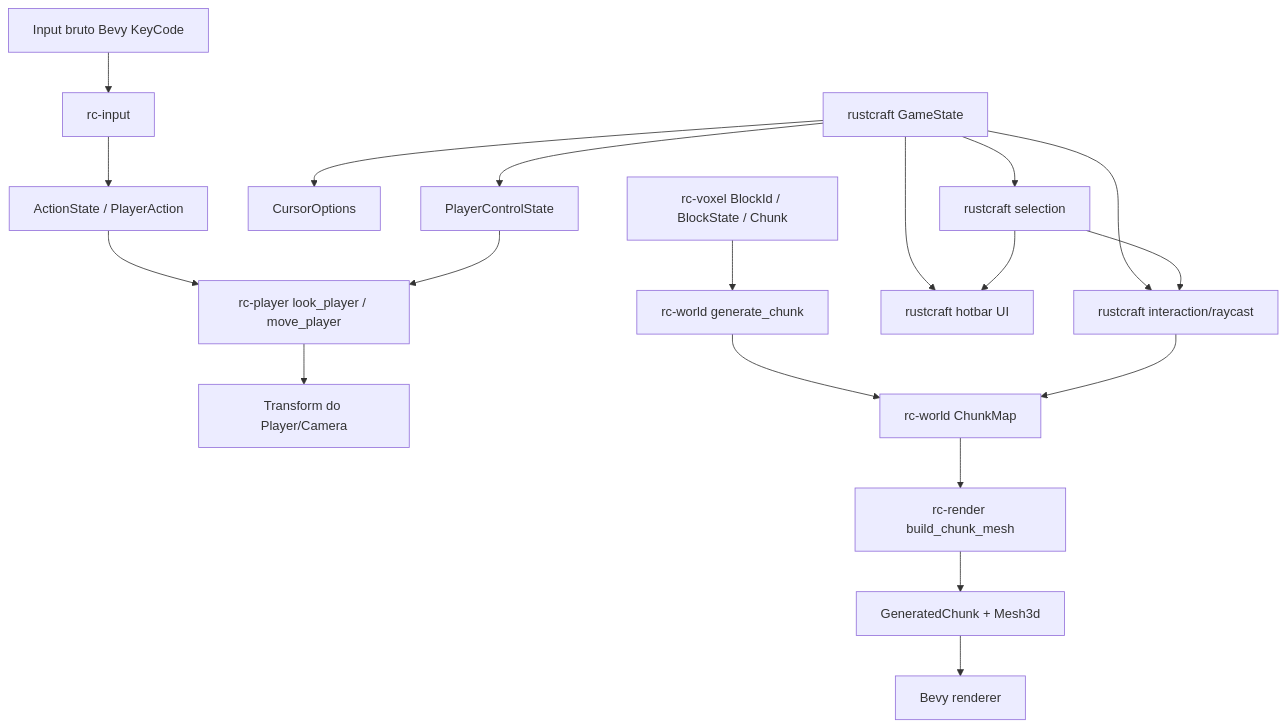
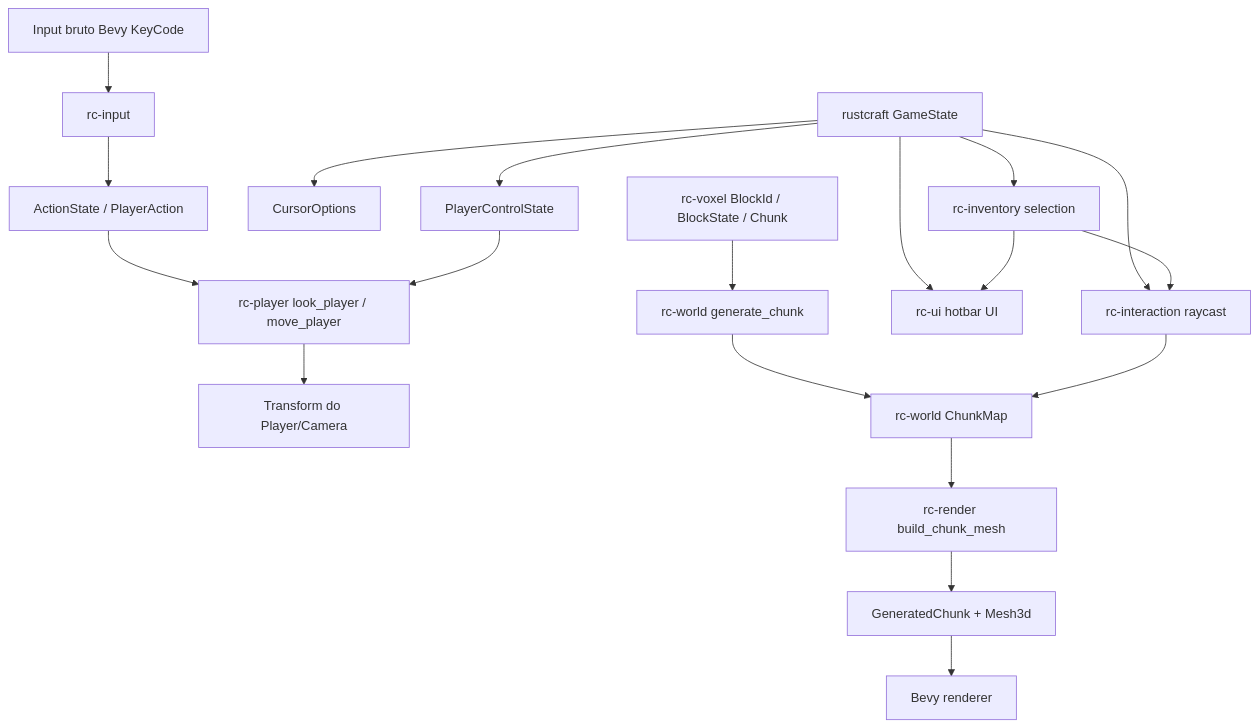
One commit to vinnicostaa/rustcraft changed the diagram in ARCHITECTURE.md. Above: the diagram before and after it, drawn with Mermaid. The commit also changed other lines of this file and 2 other files, not shown here.

````diff
--- a/ARCHITECTURE.md
+++ b/ARCHITECTURE.md
@@ -22,23 +22,23 @@
 ```mermaid
 graph TD
     A[Input bruto Bevy KeyCode] --> B[rc-input]
     B --> C[ActionState / PlayerAction]
     C --> D[rc-player look_player / move_player]
     D --> E[Transform do Player/Camera]
 
     M[rustcraft GameState] --> N[CursorOptions]
     M --> O[PlayerControlState]
     O --> D
-    M --> P[rustcraft interaction/raycast]
-    M --> S[rustcraft selection]
-    M --> U[rustcraft hotbar UI]
+    M --> P[rc-interaction raycast]
+    M --> S[rc-inventory selection]
+    M --> U[rc-ui hotbar UI]
 
     J[rc-voxel BlockId / BlockState / Chunk] --> H[rc-world generate_chunk]
     H --> Q[rc-world ChunkMap]
     Q --> I[rc-render build_chunk_mesh]
     I --> K[GeneratedChunk + Mesh3d]
     K --> L[Bevy renderer]
     S --> P
     S --> U
     P --> Q
 ```
````
